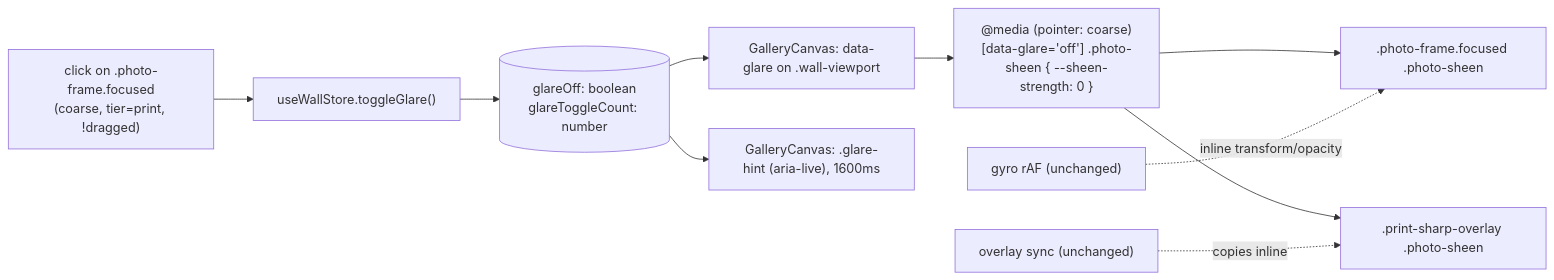
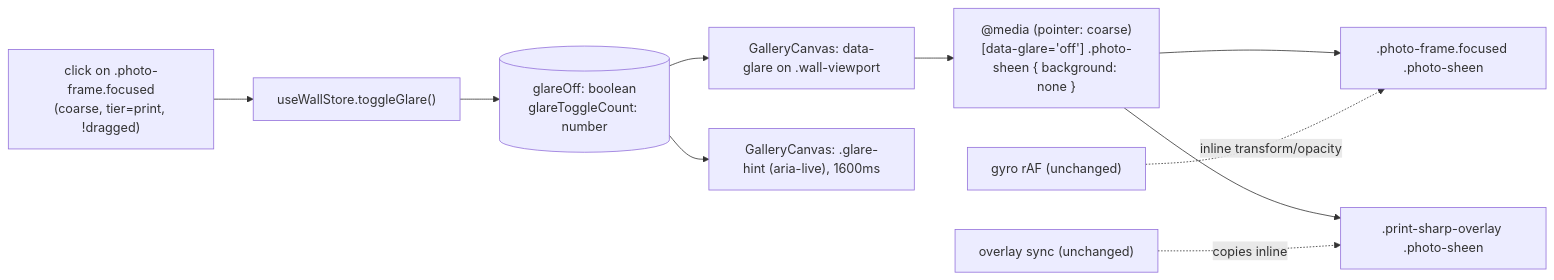
One commit to slowbutfast/photo-wall changed the diagram in openspec/changes/print-glare-tap-toggle/architecture.md. Above: the diagram before and after it, drawn with Mermaid. The commit also changed other lines of this file and 18 other files, not shown here.

````diff
--- a/openspec/changes/print-glare-tap-toggle/architecture.md
+++ b/openspec/changes/print-glare-tap-toggle/architecture.md
@@ -13,12 +13,12 @@
 ```mermaid
 flowchart LR
   TAP["click on .photo-frame.focused<br/>(coarse, tier=print, !dragged)"] --> TG["useWallStore.toggleGlare()"]
   TG --> ST[("glareOff: boolean<br/>glareToggleCount: number")]
   ST --> GC["GalleryCanvas: data-glare on .wall-viewport"]
   ST --> HINT["GalleryCanvas: .glare-hint (aria-live), 1600ms"]
-  GC --> CSS["@media (pointer: coarse)<br/>[data-glare='off'] .photo-sheen { --sheen-strength: 0 }"]
+  GC --> CSS["@media (pointer: coarse)<br/>[data-glare='off'] .photo-sheen { background: none }"]
   CSS --> FS[".photo-frame.focused .photo-sheen"]
   CSS --> OS[".print-sharp-overlay .photo-sheen"]
   GYRO["gyro rAF (unchanged)"] -.inline transform/opacity.-> FS
   SYNC["overlay sync (unchanged)"] -.copies inline.-> OS
 ```
````
